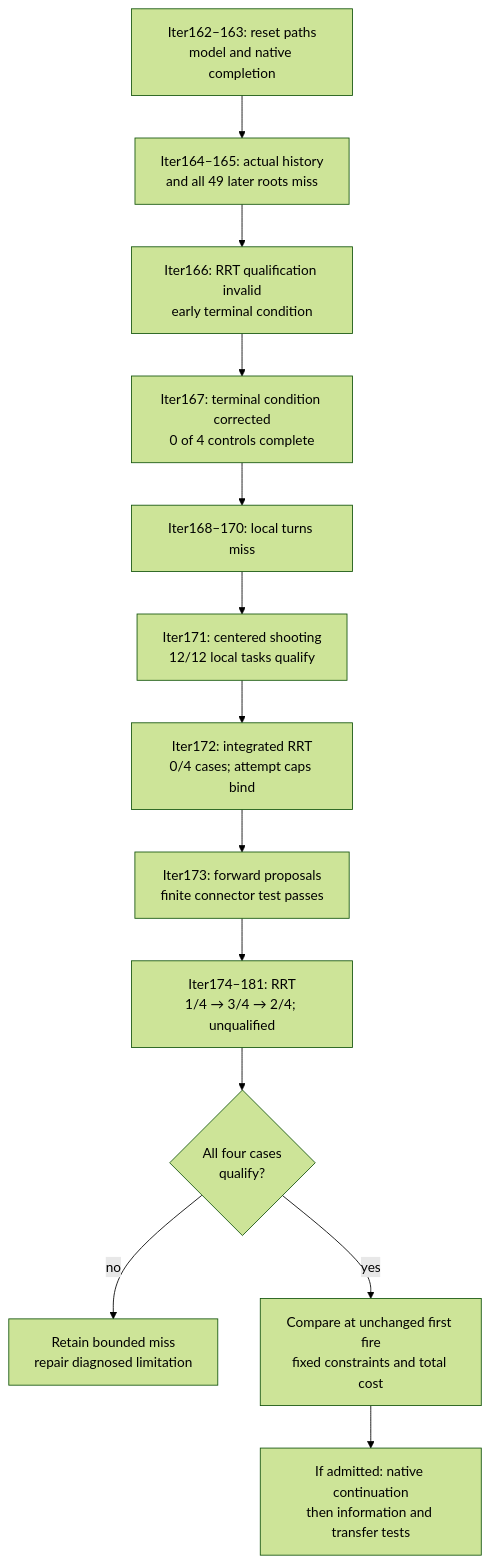
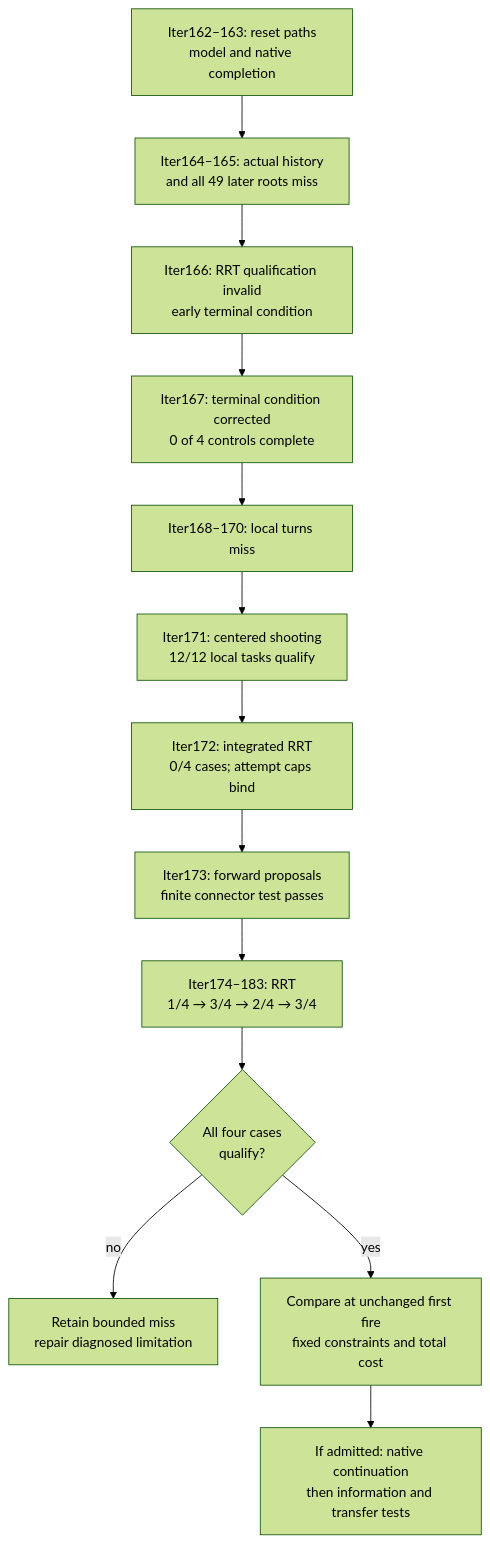
One commit to manfromnowhere143/sentinel changed the third of 3 diagrams in README.md. Above: the diagram before and after it, drawn with Mermaid (forest theme). The commit also changed other lines of this file and 13 other files, not shown here.

````diff
--- a/README.md
+++ b/README.md
@@ -1044,17 +1067,17 @@
 ```mermaid
 flowchart TB
   accTitle: Separate search competence from intervention timing
   accDescr: Finite source misses and failed adapter qualification do not prove unrecoverability.
   S["Iter162–163: reset paths<br/>model and native completion"] --> B["Iter164–165: actual history<br/>and all 49 later roots miss"]
   B --> Q["Iter166: RRT qualification invalid<br/>early terminal condition"]
   Q --> C["Iter167: terminal condition corrected<br/>0 of 4 controls complete"]
   C --> D["Iter168–170: local turns miss"]
   D --> E["Iter171: centered shooting<br/>12/12 local tasks qualify"]
   E --> F["Iter172: integrated RRT<br/>0/4 cases; attempt caps bind"]
   F --> P["Iter173: forward proposals<br/>finite connector test passes"]
-  P --> U["Iter174–181: RRT<br/>1/4 → 3/4 → 2/4; unqualified"]
+  P --> U["Iter174–183: RRT<br/>1/4 → 3/4 → 2/4 → 3/4"]
   U --> A{"All four cases<br/>qualify?"}
   A -- "no" --> N["Retain bounded miss<br/>repair diagnosed limitation"]
   A -- "yes" --> R["Compare at unchanged first fire<br/>fixed constraints and total cost"]
   R --> W["If admitted: native continuation<br/>then information and transfer tests"]
 ```
````
